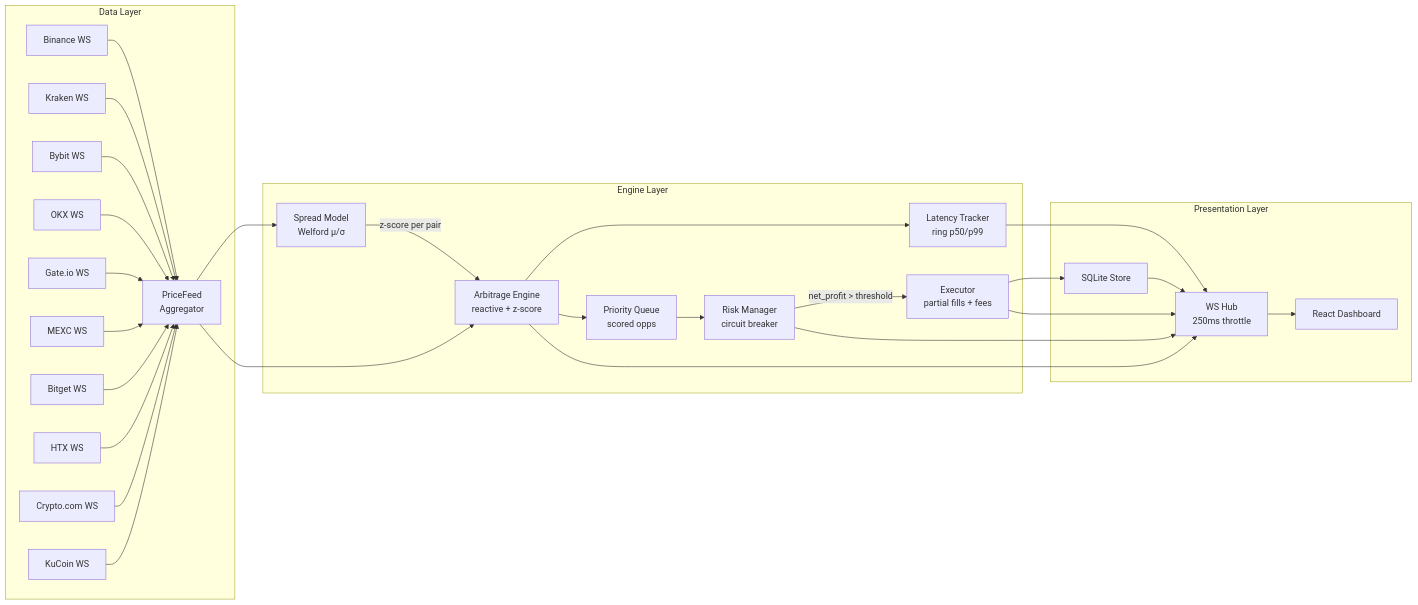
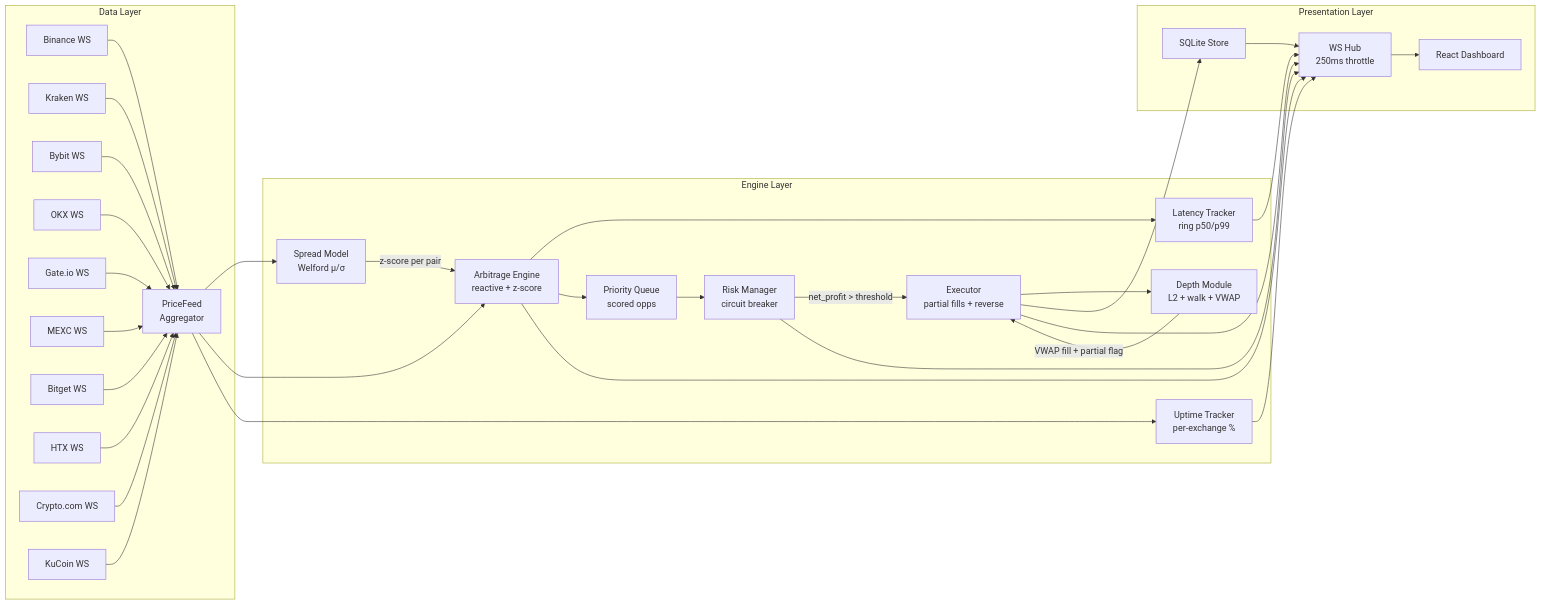
The diagram in README.md (vmnavarro94/Brecha-CH_MX-2026), drawn with Mermaid before and after one commit. The commit also changed other lines of this file, not shown here.

````diff
--- a/README.md
+++ b/README.md
@@ -21,44 +24,49 @@
 ```mermaid
 flowchart LR
     subgraph Data["Data Layer"]
         BN["Binance WS"]
         KR["Kraken WS"]
         BY["Bybit WS"]
         OX["OKX WS"]
         GT["Gate.io WS"]
         MX["MEXC WS"]
         BT["Bitget WS"]
         HT["HTX WS"]
         CC["Crypto.com WS"]
         KC["KuCoin WS"]
         AGG["PriceFeed<br/>Aggregator"]
         BN & KR & BY & OX & GT & MX & BT & HT & CC & KC --> AGG
     end
 
     subgraph Engine["Engine Layer"]
         SM["Spread Model<br/>Welford μ/σ"]
         AE["Arbitrage Engine<br/>reactive + z-score"]
         LT["Latency Tracker<br/>ring p50/p99"]
+        UT["Uptime Tracker<br/>per-exchange %"]
         PQ["Priority Queue<br/>scored opps"]
         RM["Risk Manager<br/>circuit breaker"]
-        ES["Executor<br/>partial fills + fees"]
+        DP["Depth Module<br/>L2 + walk + VWAP"]
+        ES["Executor<br/>partial fills + reverse"]
     end
 
     subgraph Presentation["Presentation Layer"]
         STORE["SQLite Store"]
         HUB["WS Hub<br/>250ms throttle"]
         UI["React Dashboard"]
     end
 
     AGG --> SM
     AGG --> AE
+    AGG --> UT
     AE --> LT
     SM -->|"z-score per pair"| AE
     AE --> PQ
     PQ --> RM
     RM -->|"net_profit > threshold"| ES
+    ES --> DP
+    DP -->|"VWAP fill + partial flag"| ES
     ES --> STORE
-    ES & RM & LT & AE --> HUB
+    ES & RM & LT & UT & AE --> HUB
     STORE --> HUB
     HUB --> UI
 ```
````
